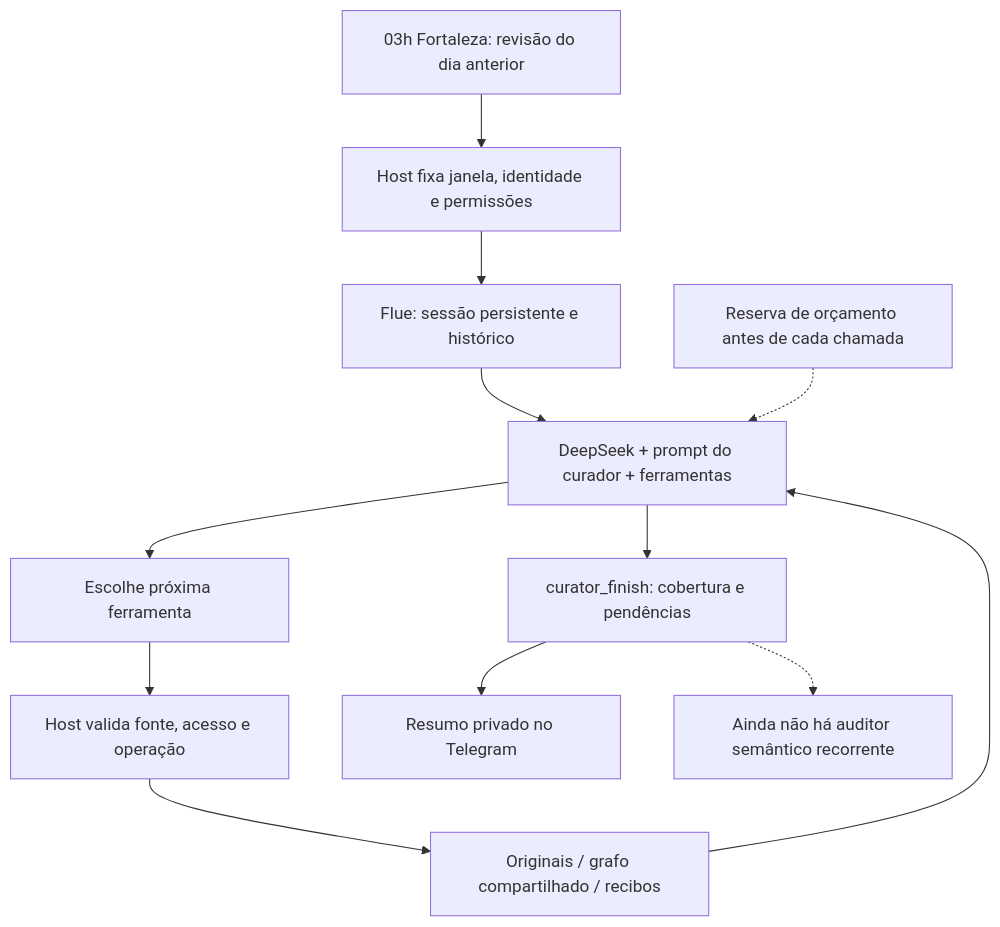
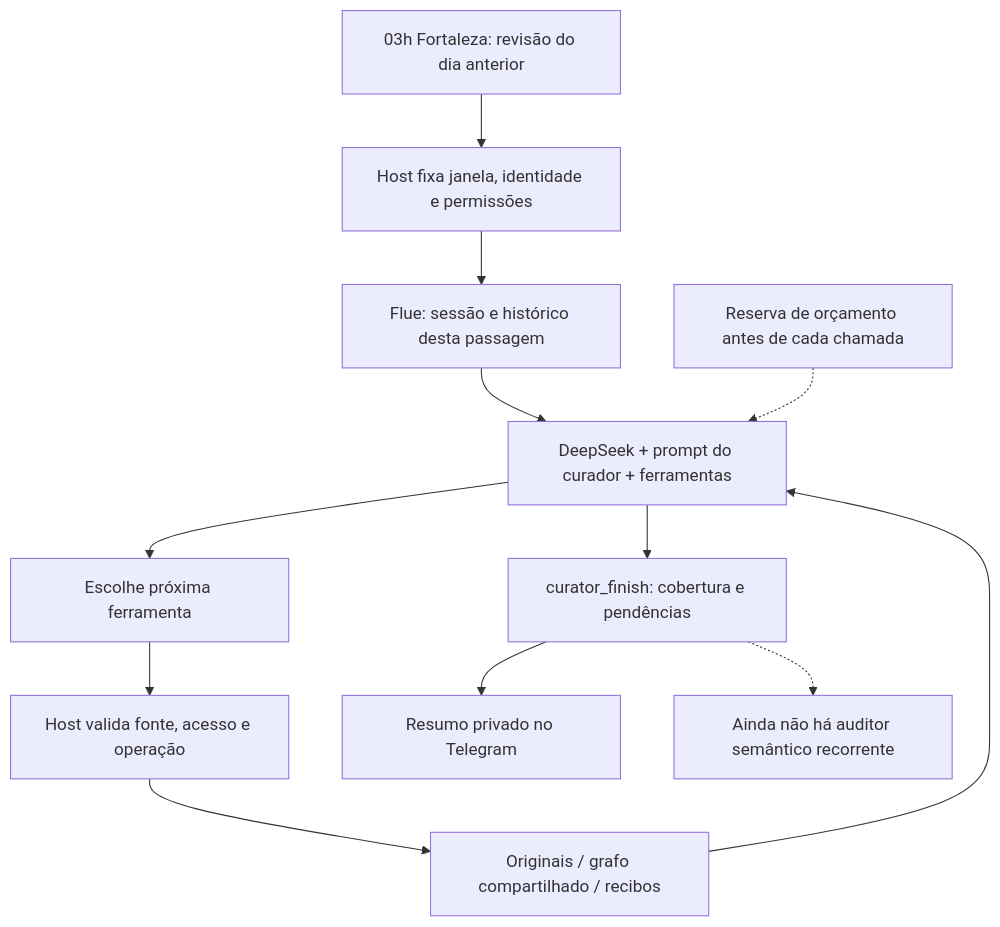
One commit to orobsonn/whatsapp-mcp changed the diagram in docs/construcao-assistente/evidencias/191-curator-harness-atual.md. Above: the diagram before and after it, drawn with Mermaid. The commit also changed other lines of this file and 1 other file, not shown here.

````diff
--- a/docs/construcao-assistente/evidencias/191-curator-harness-atual.md
+++ b/docs/construcao-assistente/evidencias/191-curator-harness-atual.md
@@ -7,14 +7,14 @@
 ```mermaid
 flowchart TD
     A["03h Fortaleza: revisão do dia anterior"] --> B["Host fixa janela, identidade e permissões"]
-    B --> C["Flue: sessão persistente e histórico"]
+    B --> C["Flue: sessão e histórico desta passagem"]
     C --> D["DeepSeek + prompt do curador + ferramentas"]
     D --> E["Escolhe próxima ferramenta"]
     E --> F["Host valida fonte, acesso e operação"]
     F --> G["Originais / grafo compartilhado / recibos"]
     G --> D
     H["Reserva de orçamento antes de cada chamada"] -.-> D
     D --> I["curator_finish: cobertura e pendências"]
     I --> J["Resumo privado no Telegram"]
     I -.-> K["Ainda não há auditor semântico recorrente"]
 ```
````
